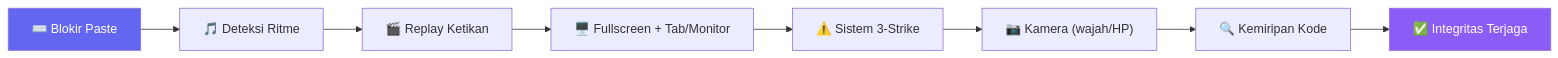
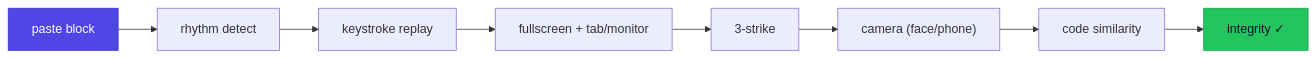
Before and after one commit to muhammadrizalharis/UNISMUH-CodeUnical: the first of 3 diagrams in README.md, drawn with Mermaid. The commit also changed other lines of this file, not shown here.

````diff
--- a/README.md
+++ b/README.md
@@ -72,12 +60,12 @@
 ```mermaid
 flowchart LR
-    A["⌨️ Blokir Paste"] --> B["🎵 Deteksi Ritme"]
-    B --> C["🎬 Replay Ketikan"]
-    C --> D["🖥️ Fullscreen + Tab/Monitor"]
-    D --> E["⚠️ Sistem 3-Strike"]
-    E --> F["📷 Kamera (wajah/HP)"]
-    F --> G["🔍 Kemiripan Kode"]
-    G --> H["✅ Integritas Terjaga"]
-    style H fill:#8B5CF6,color:#fff
-    style A fill:#6366F1,color:#fff
+    A["paste&nbsp;block"] --> B["rhythm&nbsp;detect"]
+    B --> C["keystroke&nbsp;replay"]
+    C --> D["fullscreen&nbsp;+&nbsp;tab/monitor"]
+    D --> E["3-strike"]
+    E --> F["camera&nbsp;(face/phone)"]
+    F --> G["code&nbsp;similarity"]
+    G --> H["integrity ✓"]
+    style H fill:#22c55e,color:#0f172a,stroke:#16a34a
+    style A fill:#4f46e5,color:#fff,stroke:#4338ca
 ```
````
